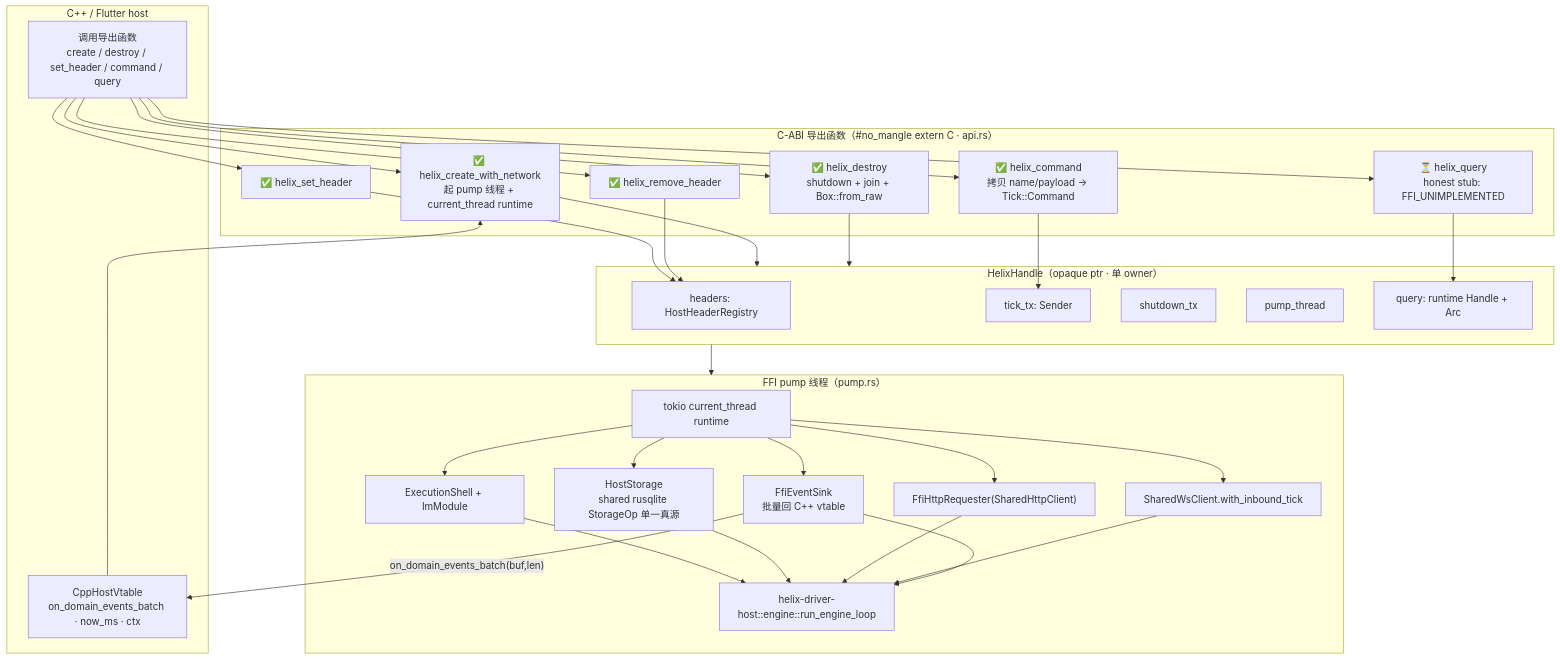
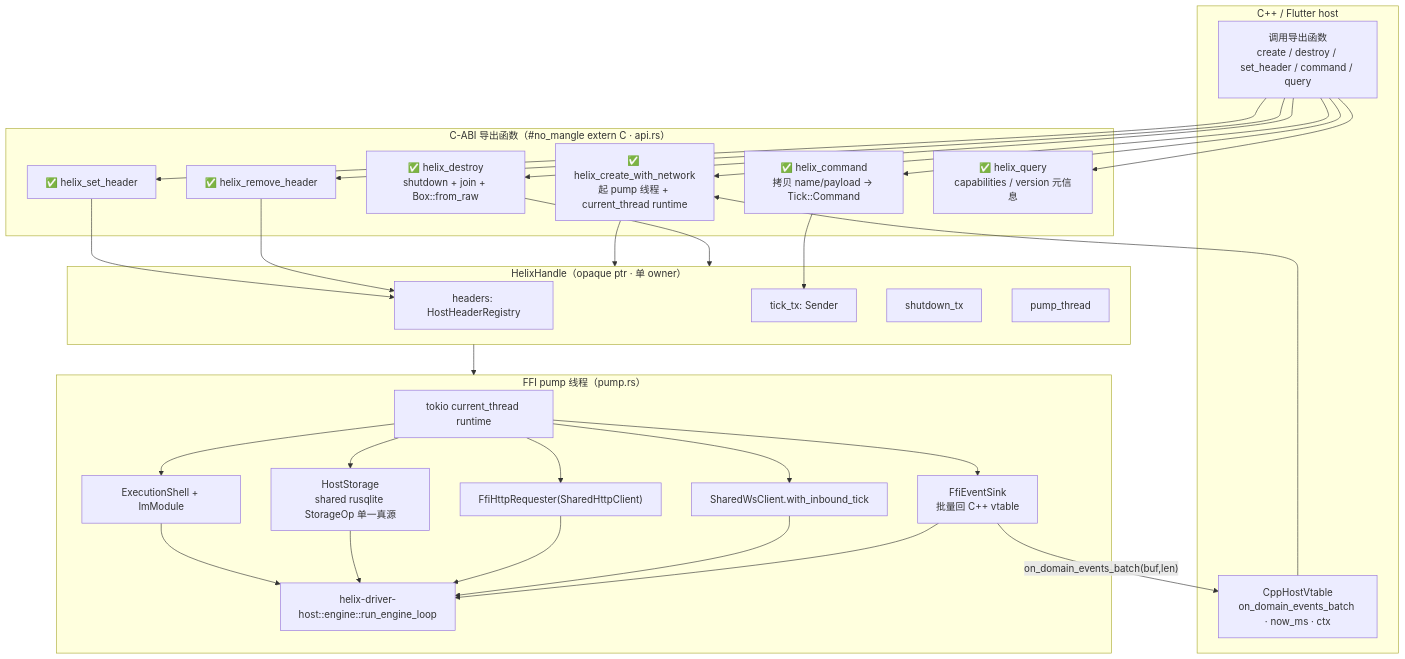
One commit to zxs1633079383/helix changed the diagram in crates/helix-driver-ffi/docs/design/01-c-abi-boundary.mmd. Above: the diagram before and after it, drawn with Mermaid. The commit also changed 60 other files, not shown here.

```diff
--- a/crates/helix-driver-ffi/docs/design/01-c-abi-boundary.mmd
+++ b/crates/helix-driver-ffi/docs/design/01-c-abi-boundary.mmd
@@ -1,64 +1,62 @@
 %% helix-driver-ffi — C-ABI 边界全景（F4 后）
 %% C++/Flutter host ↔ C-ABI 导出函数 ↔ Rust pump / shared host driver
 %% 真源：crates/helix-driver-ffi/src/{api.rs,pump.rs,event_sink.rs,http.rs,vtable.rs}
 
 flowchart TD
     subgraph HOST["C++ / Flutter host"]
         HCMD["调用导出函数<br/>create / destroy / set_header / command / query"]
         HVT["CppHostVtable<br/>on_domain_events_batch · now_ms · ctx"]
     end
 
     subgraph ABI["C-ABI 导出函数（#no_mangle extern C · api.rs）"]
         E_CREATE["✅ helix_create_with_network<br/>起 pump 线程 + current_thread runtime"]
         E_DESTROY["✅ helix_destroy<br/>shutdown + join + Box::from_raw"]
         E_SETH["✅ helix_set_header"]
         E_RMH["✅ helix_remove_header"]
         E_CMD["✅ helix_command<br/>拷贝 name/payload → Tick::Command"]
-        E_QUERY["⏳ helix_query<br/>honest stub: FFI_UNIMPLEMENTED"]
+        E_QUERY["✅ helix_query<br/>capabilities / version 元信息"]
     end
 
     subgraph HANDLE["HelixHandle（opaque ptr · 单 owner）"]
         H_HDR["headers: HostHeaderRegistry"]
         H_TICK["tick_tx: Sender<Tick>"]
         H_SHUT["shutdown_tx"]
         H_THREAD["pump_thread"]
-        H_QUERY["query: runtime Handle + Arc<HostStorage>"]
     end
 
     subgraph PUMP["FFI pump 线程（pump.rs）"]
         RUNTIME["tokio current_thread runtime"]
         SHELL["ExecutionShell + ImModule"]
         STORE["HostStorage<br/>shared rusqlite StorageOp 单一真源"]
         HTTP["FfiHttpRequester(SharedHttpClient)"]
         WS["SharedWsClient.with_inbound_tick"]
         SINK["FfiEventSink<br/>批量回 C++ vtable"]
         ENGINE["helix-driver-host::engine::run_engine_loop"]
     end
 
     HCMD --> E_CREATE
     HCMD --> E_SETH
     HCMD --> E_RMH
     HCMD --> E_CMD
     HCMD --> E_QUERY
     HCMD --> E_DESTROY
     HVT --> E_CREATE
 
     E_CREATE --> HANDLE
     E_DESTROY --> HANDLE
     E_SETH --> H_HDR
     E_RMH --> H_HDR
     E_CMD --> H_TICK
-    E_QUERY --> H_QUERY
 
     HANDLE --> PUMP
     RUNTIME --> SHELL
     RUNTIME --> STORE
     RUNTIME --> HTTP
     RUNTIME --> WS
     RUNTIME --> SINK
     SHELL --> ENGINE
     STORE --> ENGINE
     HTTP --> ENGINE
     WS --> ENGINE
     SINK --> ENGINE
     SINK -->|"on_domain_events_batch(buf,len)"| HVT
```
